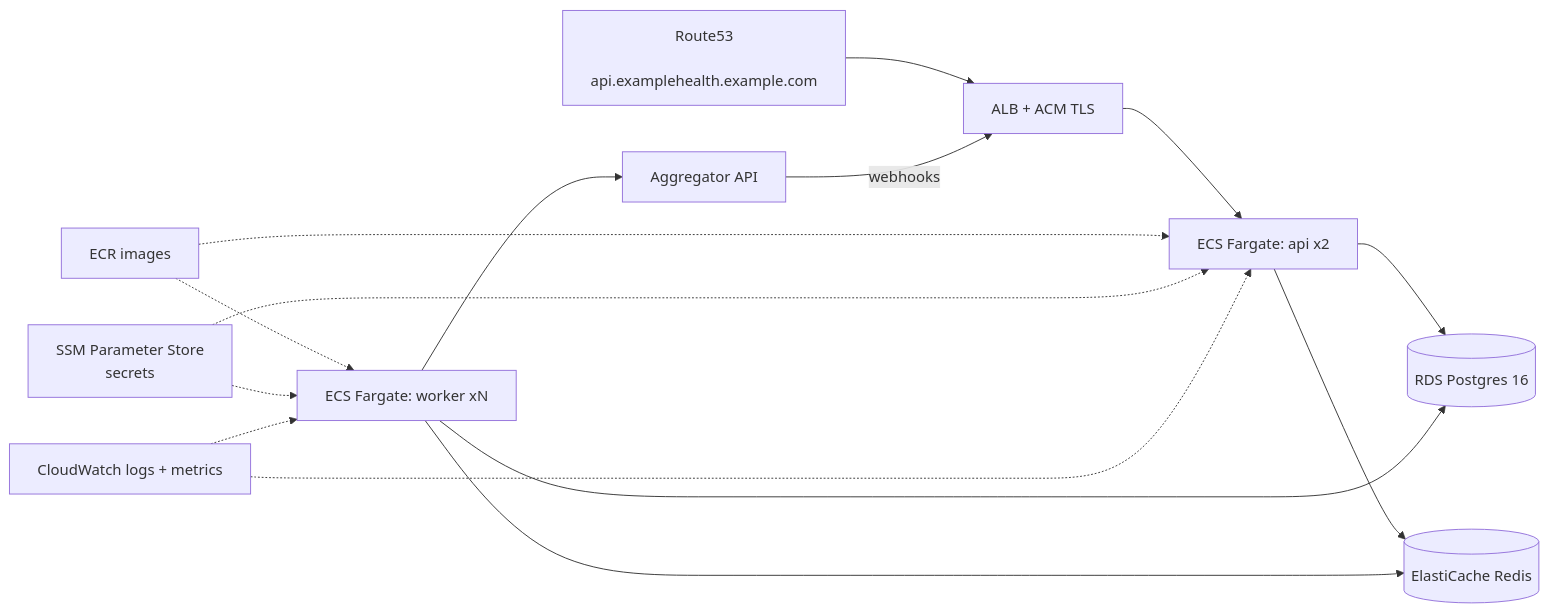
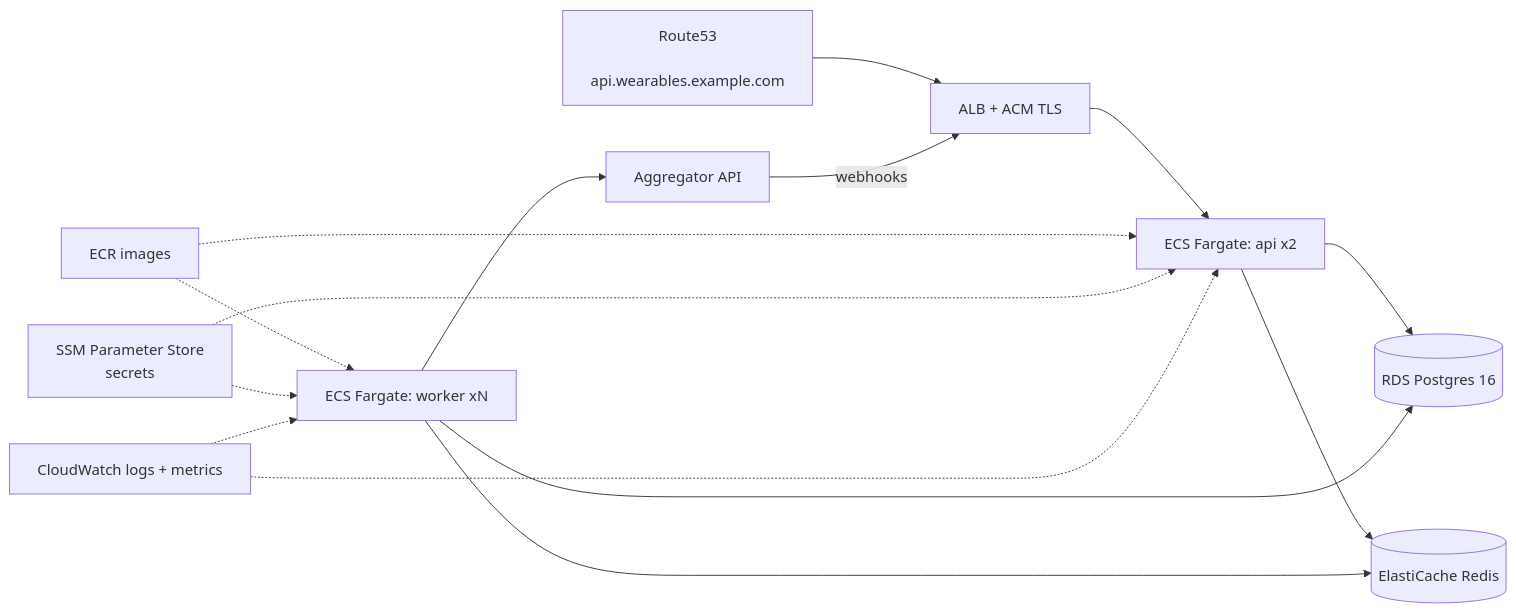
The second of 3 diagrams in docs/architecture.md (prasadus92/wearables-data-platform), drawn with Mermaid before and after one commit. The commit also changed 46 other files, not shown here.

````diff
--- a/docs/architecture.md
+++ b/docs/architecture.md
@@ -110,16 +110,16 @@
 ```mermaid
 flowchart LR
     R53[Route53
-    api.examplehealth.example.com] --> ALB[ALB + ACM TLS]
+    api.wearables.example.com] --> ALB[ALB + ACM TLS]
     ALB --> API1[ECS Fargate: api x2]
     API1 --> RDS[(RDS Postgres 16)]
     API1 --> EC[(ElastiCache Redis)]
     WK1[ECS Fargate: worker xN] --> RDS
     WK1 --> EC
     WK1 --> JN[Aggregator API]
     JN -->|webhooks| ALB
     ECR[ECR images] -.-> API1 & WK1
     SSM[SSM Parameter Store
     secrets] -.-> API1 & WK1
     CW[CloudWatch logs + metrics] -.-> API1 & WK1
 ```
````
